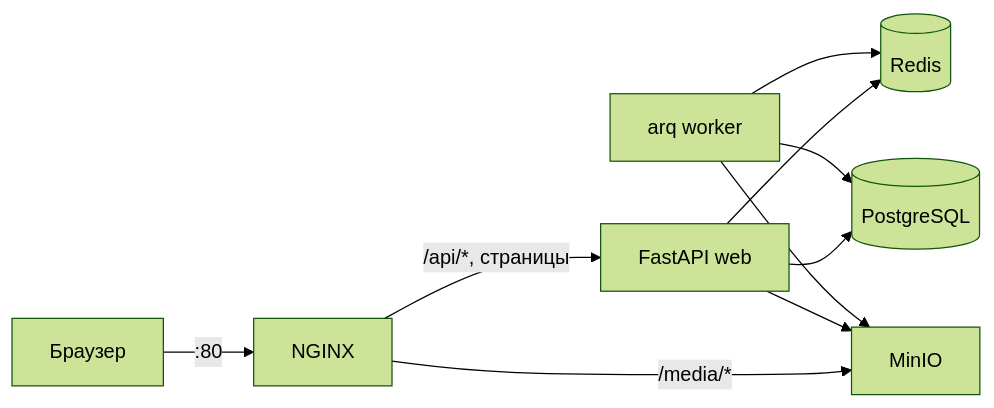
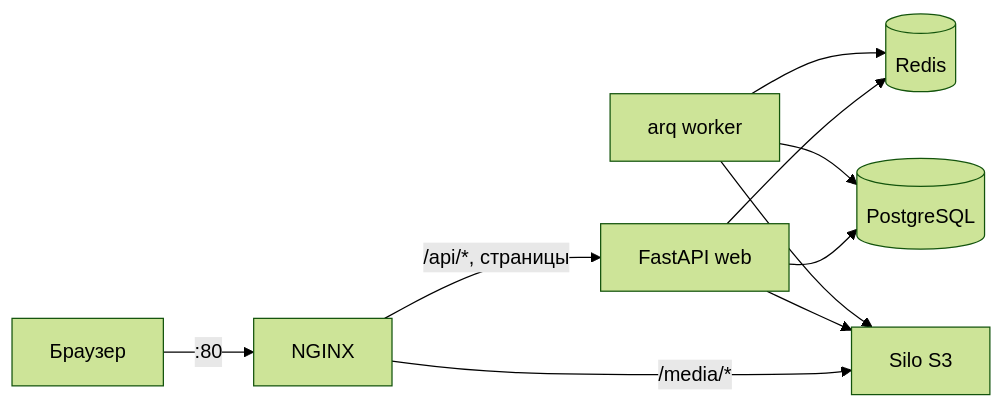
One commit to 14shagov/tzyoutube changed the diagram in docs/architecture.md. Above: the diagram before and after it, drawn with Mermaid (forest theme). The commit also changed other lines of this file and 12 other files, not shown here.

````diff
--- a/docs/architecture.md
+++ b/docs/architecture.md
@@ -27,12 +27,12 @@
 ```mermaid
 flowchart LR
     U[Браузер] -->|:80| N[NGINX]
     N -->|/api/*, страницы| W[FastAPI web]
-    N -->|/media/*| M[MinIO]
+    N -->|/media/*| M[Silo S3]
     W --> PG[(PostgreSQL)]
     W --> R[(Redis)]
     W --> M
     K[arq worker] --> R
     K --> M
     K --> PG
 ```
````
